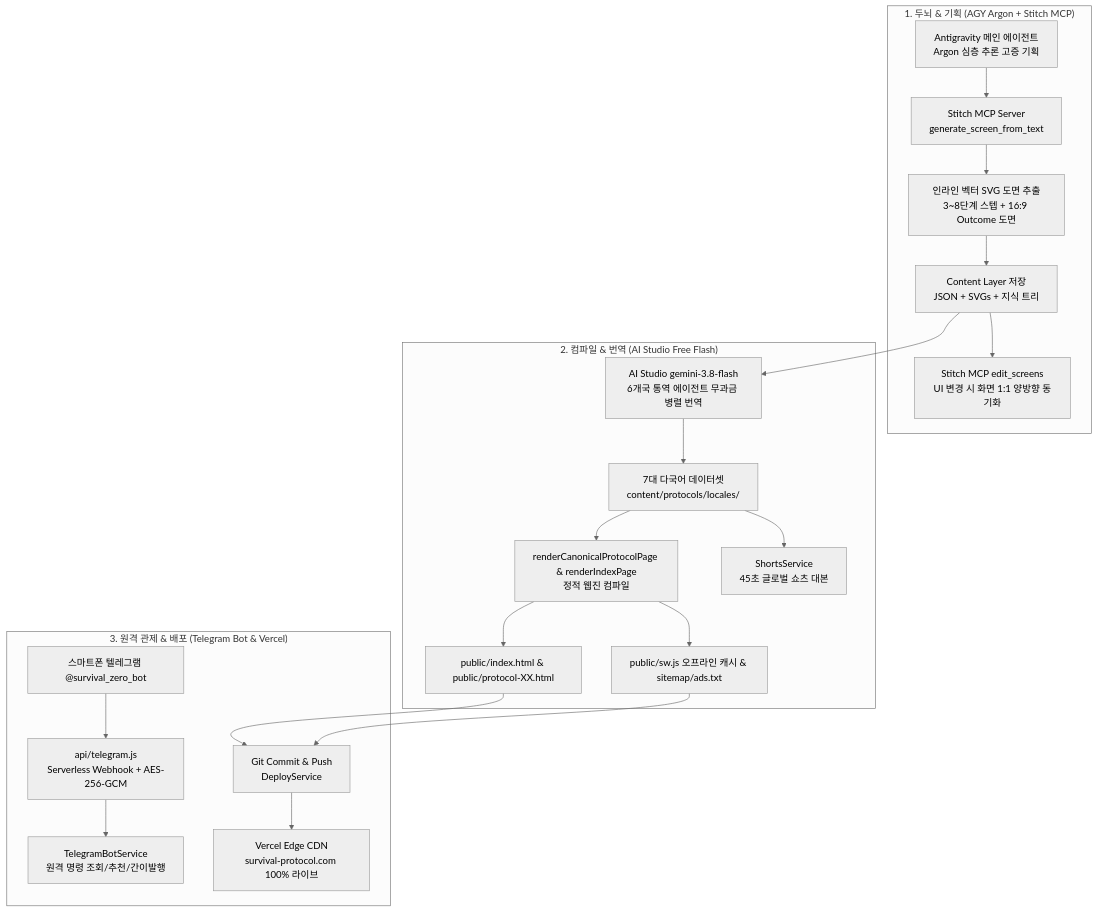
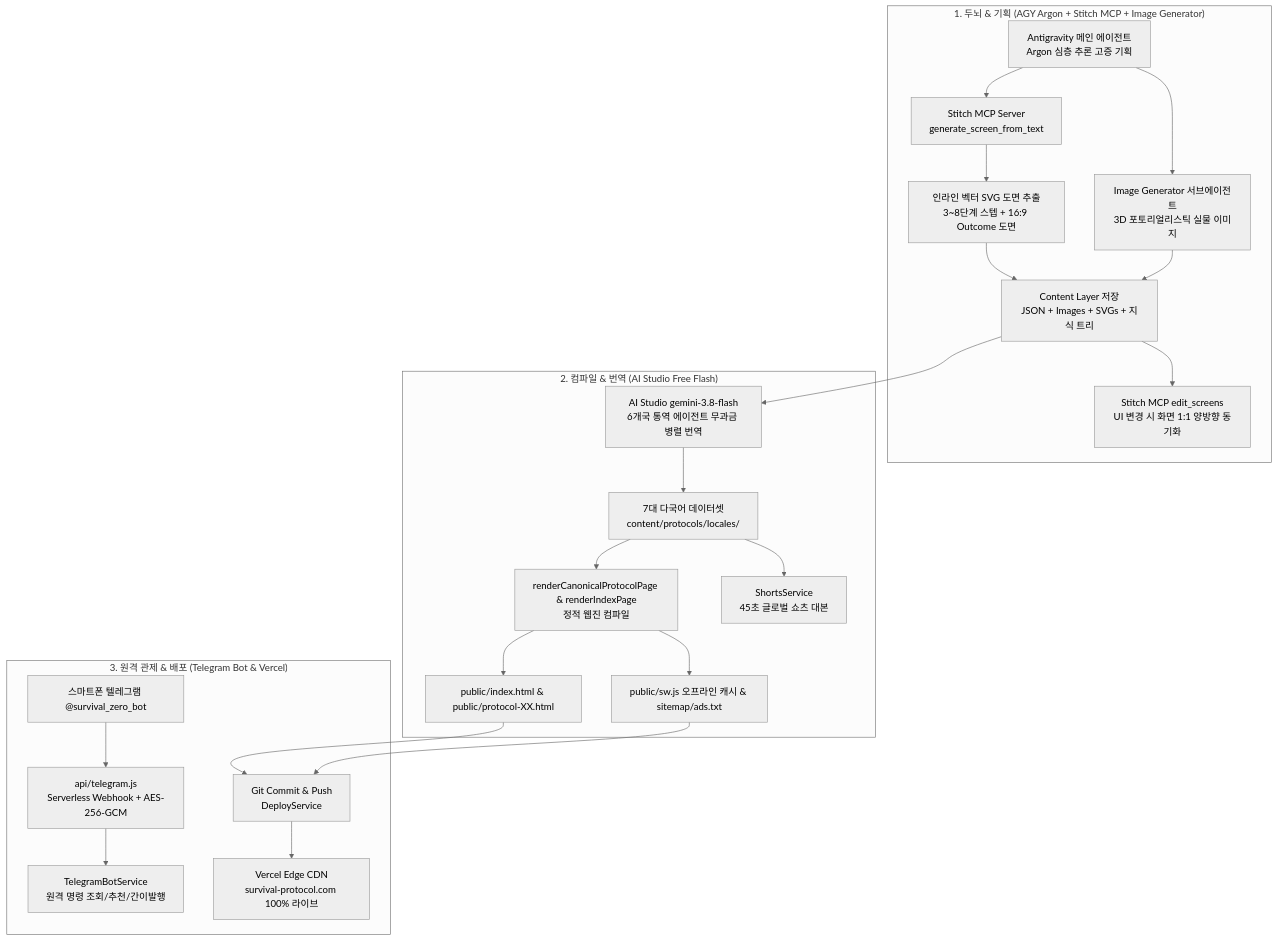
Before and after one commit to zozero94/survival-protocol: the diagram in PROJECT_SPEC.md, drawn with Mermaid (neutral theme). The commit also changed other lines of this file and 13 other files, not shown here.

````diff
--- a/PROJECT_SPEC.md
+++ b/PROJECT_SPEC.md
@@ -21,25 +23,26 @@
 ```mermaid
 flowchart TD
-    subgraph Tier1["1. 두뇌 & 기획 (AGY Argon + Stitch MCP)"]
+    subgraph Tier1["1. 두뇌 & 기획 (AGY Argon + Stitch MCP + Image Generator)"]
         A[Antigravity 메인 에이전트<br/>Argon 심층 추론 고증 기획] --> B[Stitch MCP Server<br/>generate_screen_from_text]
+        A --> IMG[Image Generator 서브에이전트<br/>3D 포토리얼리스틱 실물 이미지]
         B --> C[인라인 벡터 SVG 도면 추출<br/>3~8단계 스텝 + 16:9 Outcome 도면]
-        C --> D[Content Layer 저장<br/>JSON + SVGs + 지식 트리]
+        C & IMG --> D[Content Layer 저장<br/>JSON + Images + SVGs + 지식 트리]
         D --> E[Stitch MCP edit_screens<br/>UI 변경 시 화면 1:1 양방향 동기화]
     end
 
     subgraph Tier2["2. 컴파일 & 번역 (AI Studio Free Flash)"]
         D --> F[AI Studio gemini-3.8-flash<br/>6개국 통역 에이전트 무과금 병렬 번역]
         F --> G[7대 다국어 데이터셋<br/>content/protocols/locales/]
         G --> H[renderCanonicalProtocolPage & renderIndexPage<br/>정적 웹진 컴파일]
         G --> I[ShortsService<br/>45초 글로벌 쇼츠 대본]
         H --> J[public/index.html & public/protocol-XX.html]
         H --> K[public/sw.js 오프라인 캐시 & sitemap/ads.txt]
     end
 
     subgraph Tier3["3. 원격 관제 & 배포 (Telegram Bot & Vercel)"]
         L[스마트폰 텔레그램 @survival_zero_bot] --> M[api/telegram.js<br/>Serverless Webhook + AES-256-GCM]
         M --> N[TelegramBotService<br/>원격 명령 조회/추천/간이발행]
         J & K --> O[Git Commit & Push<br/>DeployService]
         O --> P[Vercel Edge CDN<br/>survival-protocol.com 100% 라이브]
     end
 ```
````
